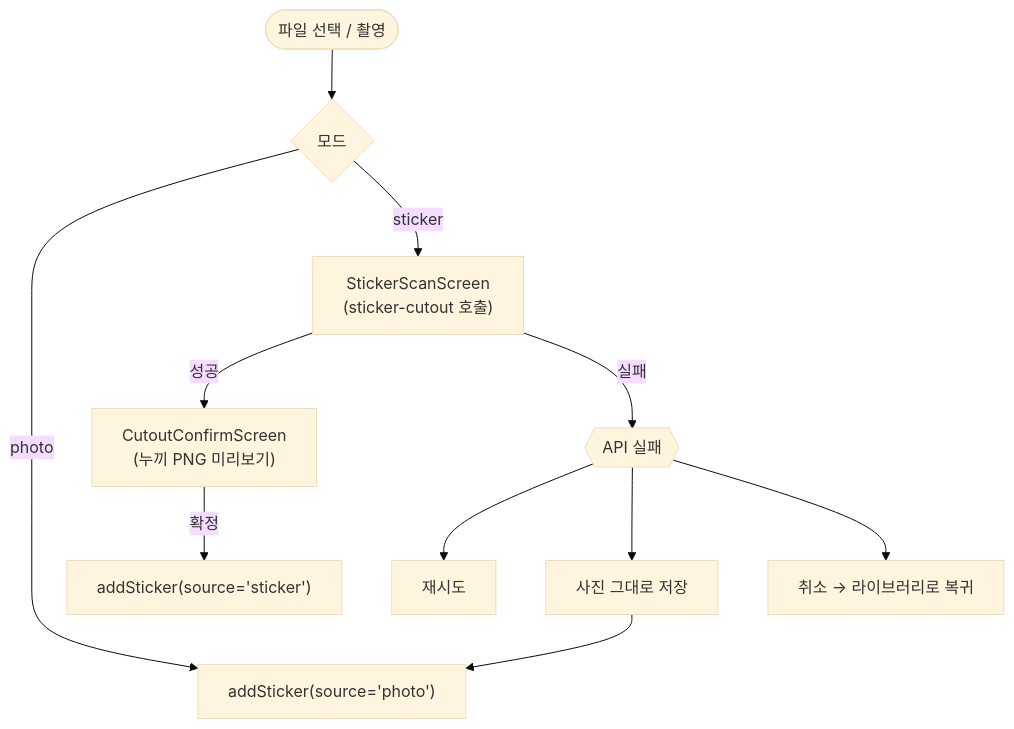
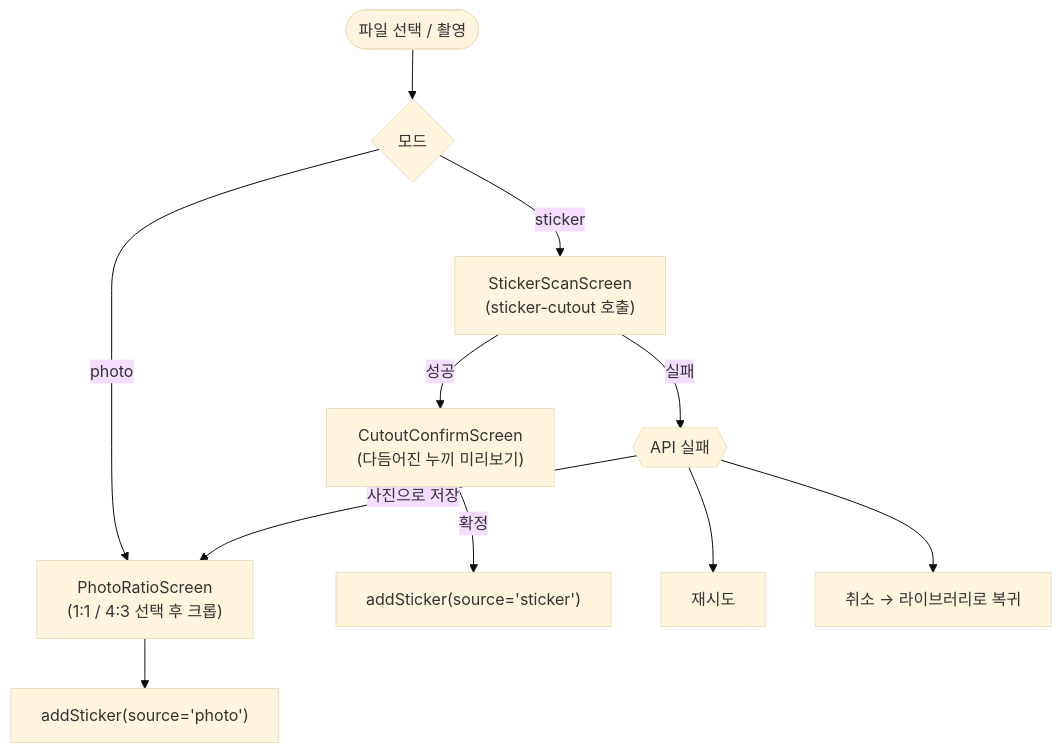
The fifth of 5 diagrams in docs/flows/log.md (soojjung/dwee-wellness-tracker), drawn with Mermaid (base theme) before and after one commit. The commit also changed other lines of this file and 63 other files, not shown here.

````diff
--- a/docs/flows/log.md
+++ b/docs/flows/log.md
@@ -175,23 +231,23 @@
 ```mermaid
 flowchart TD
     Pick(["파일 선택 / 촬영"])
     Mode{"모드"}
+    Ratio["PhotoRatioScreen\n(1:1 / 4:3 선택 후 크롭)"]
     SaveRaw["addSticker(source='photo')"]
     Scan["StickerScanScreen\n(sticker-cutout 호출)"]
-    Confirm["CutoutConfirmScreen\n(누끼 PNG 미리보기)"]
+    Confirm["CutoutConfirmScreen\n(다듬어진 누끼 미리보기)"]
     SaveCut["addSticker(source='sticker')"]
     Err{{"API 실패"}}
     Retry["재시도"]
-    Fallback["사진 그대로 저장"]
     Cancel["취소 → 라이브러리로 복귀"]
 
     Pick --> Mode
-    Mode -- photo --> SaveRaw
+    Mode -- photo --> Ratio --> SaveRaw
     Mode -- sticker --> Scan
     Scan -- 성공 --> Confirm
     Confirm -- 확정 --> SaveCut
     Scan -- 실패 --> Err
     Err --> Retry
-    Err --> Fallback --> SaveRaw
+    Err -- 사진으로 저장 --> Ratio
     Err --> Cancel
 ```
````
